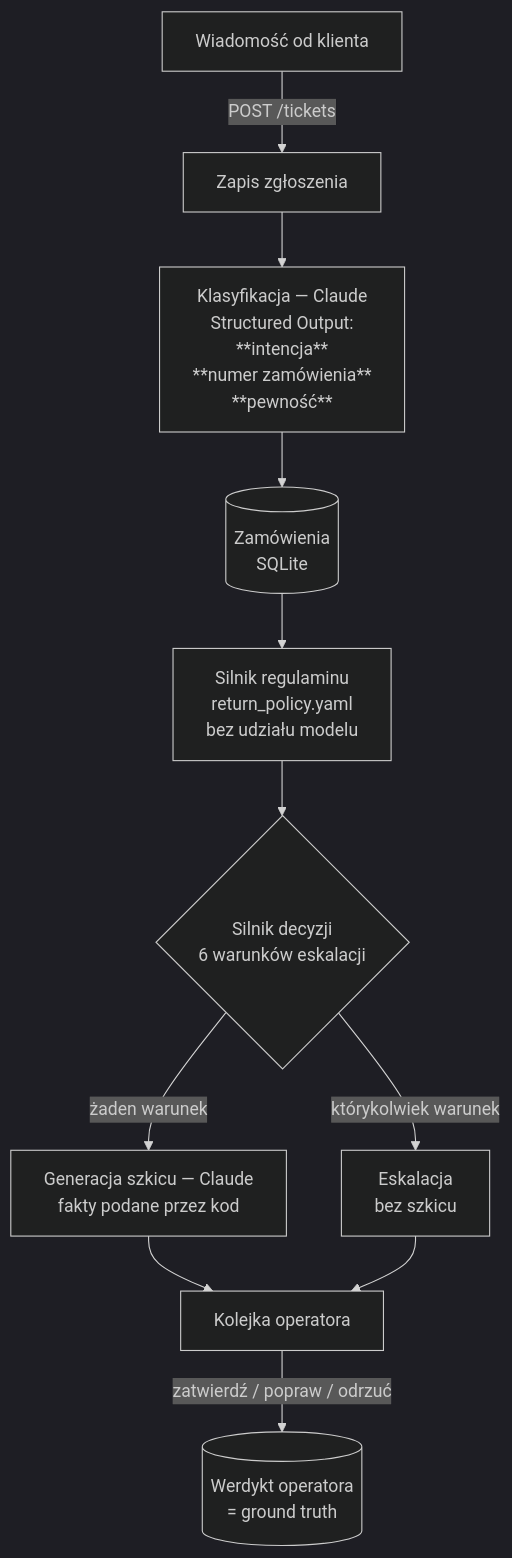
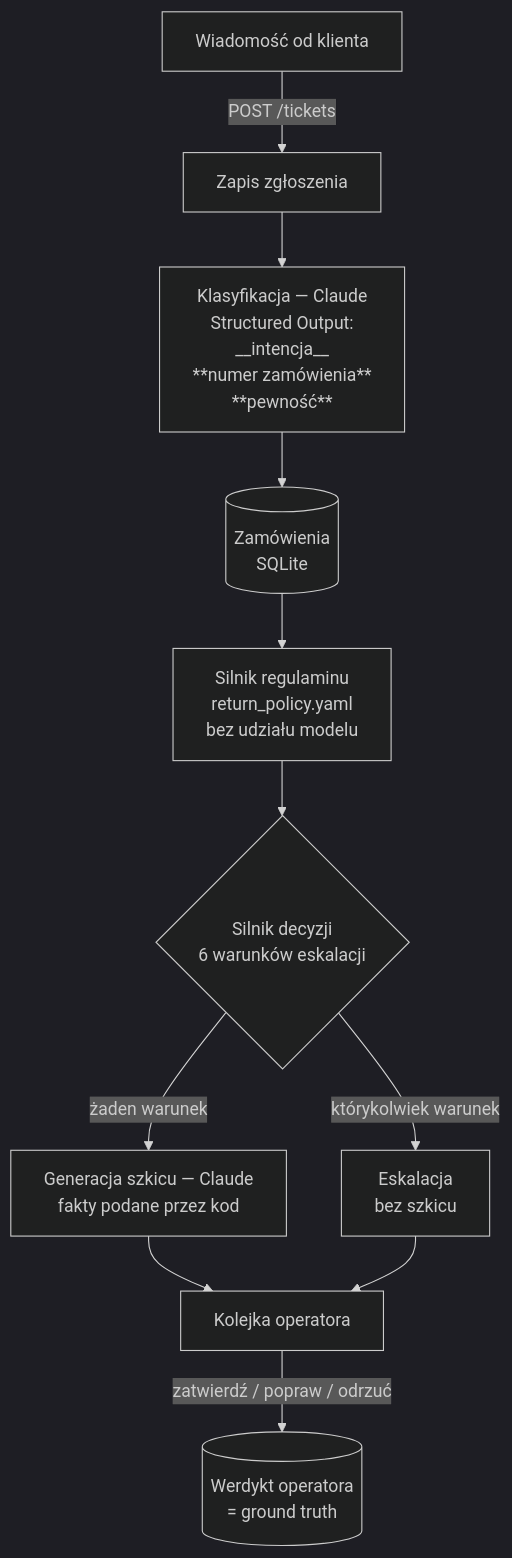
The first of 2 diagrams in README.md (comitme/ai-analizator-zgloszen), drawn with Mermaid (dark theme) before and after one commit.

Commit message:
Fix formatting in flowchart section of README

````diff
--- a/README.md
+++ b/README.md
@@ -78,13 +78,13 @@
 ```mermaid
 flowchart TD
     K["Wiadomość od klienta"] -->|"POST /tickets"| S["Zapis zgłoszenia<br/>"]
-    S --> C["Klasyfikacja — Claude<br/>Structured Output: <br/>**intencja**<br/>**numer zamówienia**<br/>**pewność**"]
+    S --> C["Klasyfikacja — Claude<br/>Structured Output: <br/>__intencja__<br/>**numer zamówienia**<br/>**pewność**"]
     C --> O[("Zamówienia<br/>SQLite")]
     O --> P["Silnik regulaminu<br/>return_policy.yaml<br/>bez udziału modelu"]
     P --> D{"Silnik decyzji<br/>6 warunków eskalacji"}
     D -->|"żaden warunek"| G["Generacja szkicu — Claude<br/>fakty podane przez kod"]
     D -->|"którykolwiek warunek"| E["Eskalacja<br/>bez szkicu"]
     G --> Q["Kolejka operatora"]
     E --> Q
     Q -->|"zatwierdź / popraw / odrzuć"| F[("Werdykt operatora<br/>= ground truth")]
 ```
````
